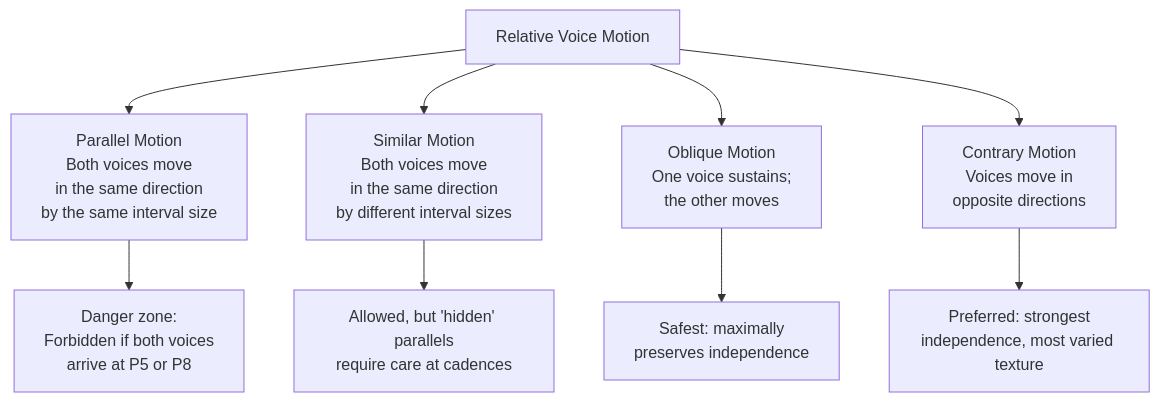
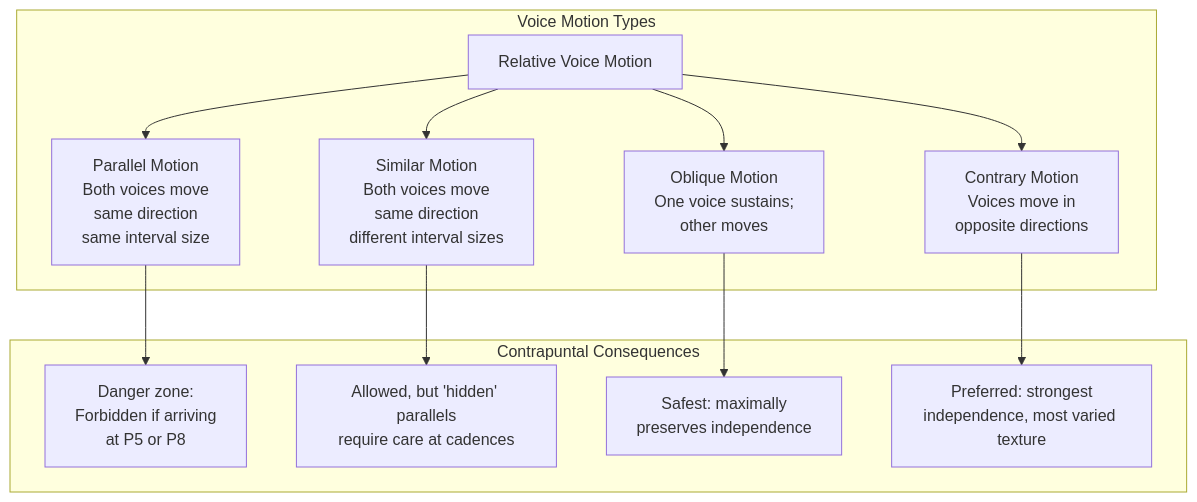
One commit to blebleblee/synapse changed the third of 4 diagrams in topics/arts/composition/counterpoint/lesson_01_counterpoint_fundamentals.md. Above: the diagram before and after it, drawn with Mermaid. The commit also changed other lines of this file and 4 other files, not shown here.

````diff
--- a/topics/arts/composition/counterpoint/lesson_01_counterpoint_fundamentals.md
+++ b/topics/arts/composition/counterpoint/lesson_01_counterpoint_fundamentals.md
@@ -145,12 +162,26 @@
 ```mermaid
 graph TD
-    M["Relative Voice Motion"] --> PM["Parallel Motion\nBoth voices move\nin the same direction\nby the same interval size"]
-    M --> SM["Similar Motion\nBoth voices move\nin the same direction\nby different interval sizes"]
-    M --> OM["Oblique Motion\nOne voice sustains;\nthe other moves"]
-    M --> CM["Contrary Motion\nVoices move in\nopposite directions"]
-
-    PM --> PD["Danger zone:\nForbidden if both voices\narrive at P5 or P8"]
-    SM --> SD["Allowed, but 'hidden' parallels\nrequire care at cadences"]
-    OM --> OD["Safest: maximally\npreserves independence"]
-    CM --> CD["Preferred: strongest\nindependence, most varied texture"]
+    subgraph sub_motion ["Voice Motion Types"]
+        M["Relative Voice Motion"]
+        PM["Parallel Motion<br/>Both voices move<br/>same direction<br/>same interval size"]
+        SM["Similar Motion<br/>Both voices move<br/>same direction<br/>different interval sizes"]
+        OM["Oblique Motion<br/>One voice sustains;<br/>other moves"]
+        CM["Contrary Motion<br/>Voices move in<br/>opposite directions"]
+    end
+    
+    subgraph sub_consequences ["Contrapuntal Consequences"]
+        PD["Danger zone:<br/>Forbidden if arriving<br/>at P5 or P8"]
+        SD["Allowed, but 'hidden' parallels<br/>require care at cadences"]
+        OD["Safest: maximally<br/>preserves independence"]
+        CD["Preferred: strongest<br/>independence, most varied texture"]
+    end
+    
+    M --> PM
+    M --> SM
+    M --> OM
+    M --> CM
+    PM --> PD
+    SM --> SD
+    OM --> OD
+    CM --> CD
 ```
````
